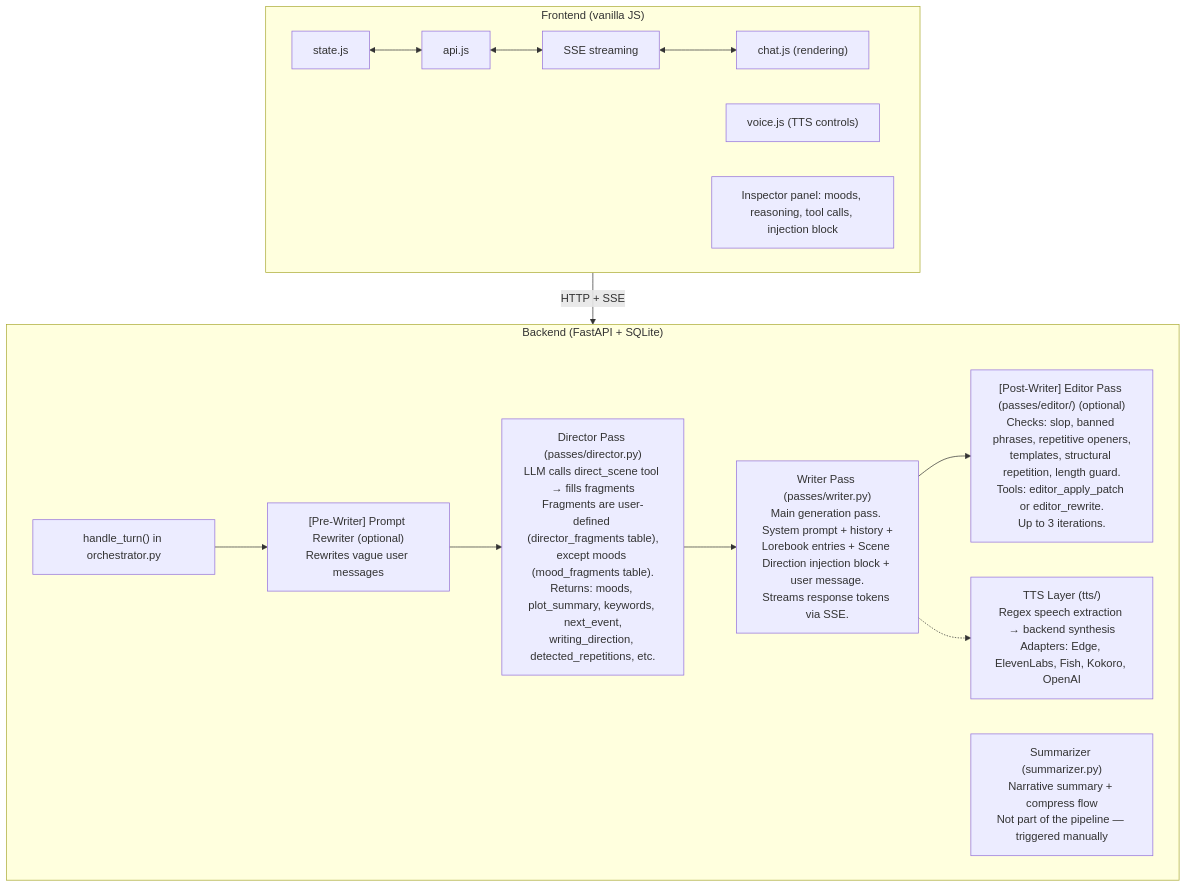
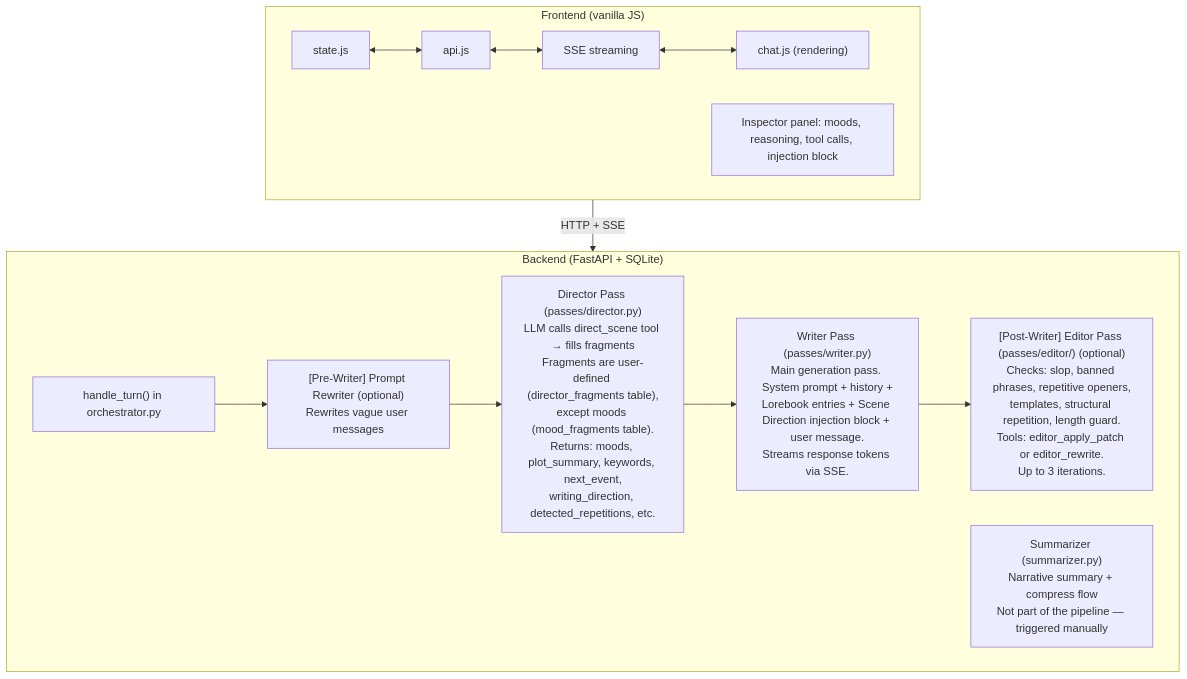
Before and after one commit to OrbFrontend/Orb: the first of 4 diagrams in AGENTS.md, drawn with Mermaid. The commit also changed other lines of this file, not shown here.

````diff
--- a/AGENTS.md
+++ b/AGENTS.md
@@ -17,26 +17,23 @@
 ```mermaid
 graph TD
     subgraph Frontend ["Frontend (vanilla JS)"]
         state["state.js"] <--> api["api.js"]
         api <--> sse["SSE streaming"]
         sse <--> chat["chat.js (rendering)"]
-        voice["voice.js (TTS controls)"]
         inspector["Inspector panel: moods, reasoning, tool calls, injection block"]
     end
 
     subgraph Backend ["Backend (FastAPI + SQLite)"]
         orch["handle_turn() in orchestrator.py"]
 
         pre["[Pre-Writer] Prompt Rewriter (optional)<br/>Rewrites vague user messages"]
         dir["Director Pass (passes/director.py)<br/>LLM calls direct_scene tool → fills fragments<br/>Fragments are user-defined (director_fragments table),<br/>except moods (mood_fragments table).<br/>Returns: moods, plot_summary, keywords, next_event,<br/>writing_direction, detected_repetitions, etc."]
         writer["Writer Pass (passes/writer.py)<br/>Main generation pass. System prompt + history +<br/>Lorebook entries + Scene Direction injection block + user message.<br/>Streams response tokens via SSE."]
         editor["[Post-Writer] Editor Pass (passes/editor/) (optional)<br/>Checks: slop, banned phrases, repetitive openers,<br/>templates, structural repetition, length guard.<br/>Tools: editor_apply_patch or editor_rewrite.<br/>Up to 3 iterations."]
-        tts["TTS Layer (tts/)<br/>Regex speech extraction → backend synthesis<br/>Adapters: Edge, ElevenLabs, Fish, Kokoro, OpenAI"]
         summarizer["Summarizer (summarizer.py)<br/>Narrative summary + compress flow<br/>Not part of the pipeline — triggered manually"]
 
         orch --> pre --> dir --> writer --> editor
-        writer -.-> tts
     end
 
     Frontend -- "HTTP + SSE" --> Backend
 ```
````
